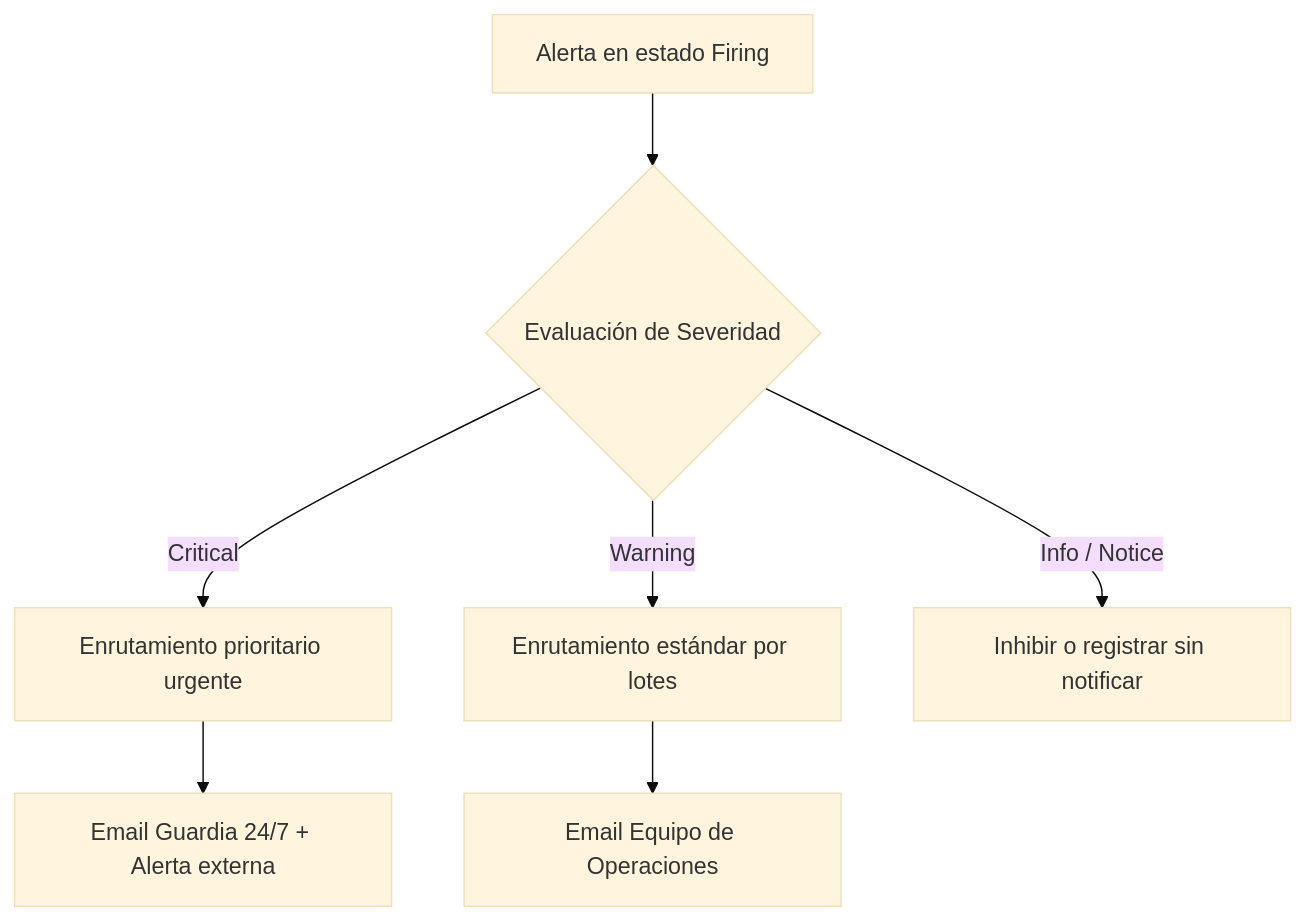
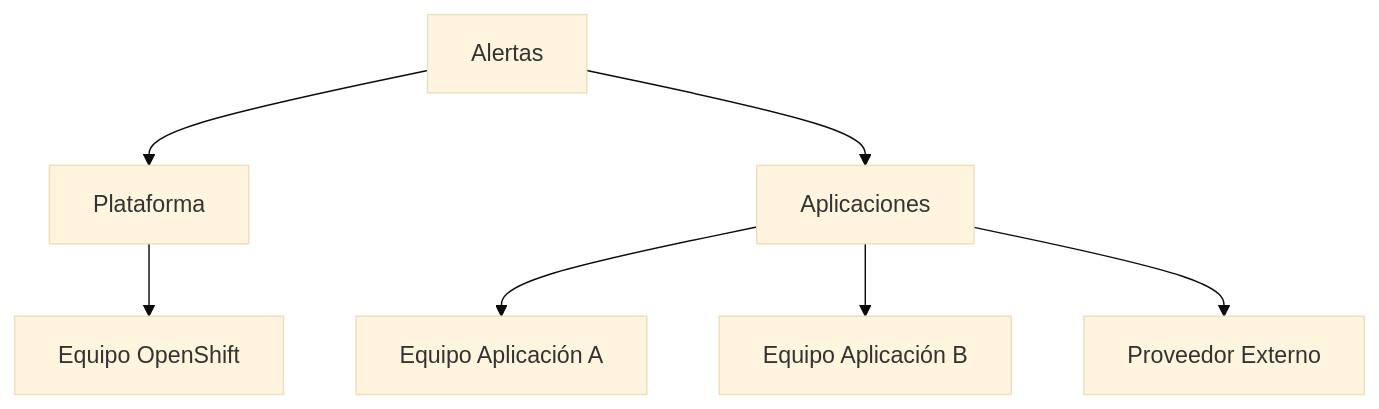
Before and after one commit to ieftraining/curso-openshift: the ninth of 9 diagrams in docs/sesion3/3.2 Alertas.md, drawn with Mermaid (base theme). The commit also changed other lines of this file, not shown here.

````diff
--- a/docs/sesion3/3.2 Alertas.md
+++ b/docs/sesion3/3.2 Alertas.md
@@ -155,9 +338,9 @@
 ```mermaid
 flowchart TD
-    A[Alerta en estado Firing] --> B{Evaluación de Severidad}
-    B -- Critical --> C[Enrutamiento prioritario urgente]
-    C --> D[Email Guardia 24/7 + Alerta externa]
-    B -- Warning --> E[Enrutamiento estándar por lotes]
-    E --> F[Email Equipo de Operaciones]
-    B -- Info / Notice --> G[Inhibir o registrar sin notificar]
+    A[Alertas] --> B[Plataforma]
+    A --> C[Aplicaciones]
+    B --> D[Equipo OpenShift]
+    C --> E[Equipo Aplicación A]
+    C --> F[Equipo Aplicación B]
+    C --> G[Proveedor Externo]
 ```
````
